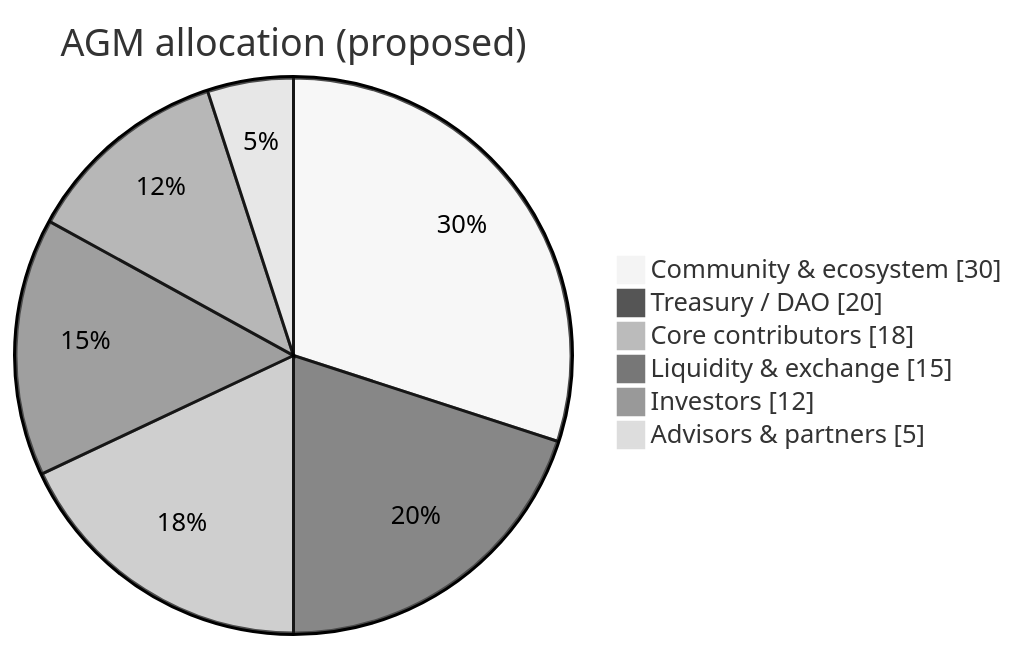
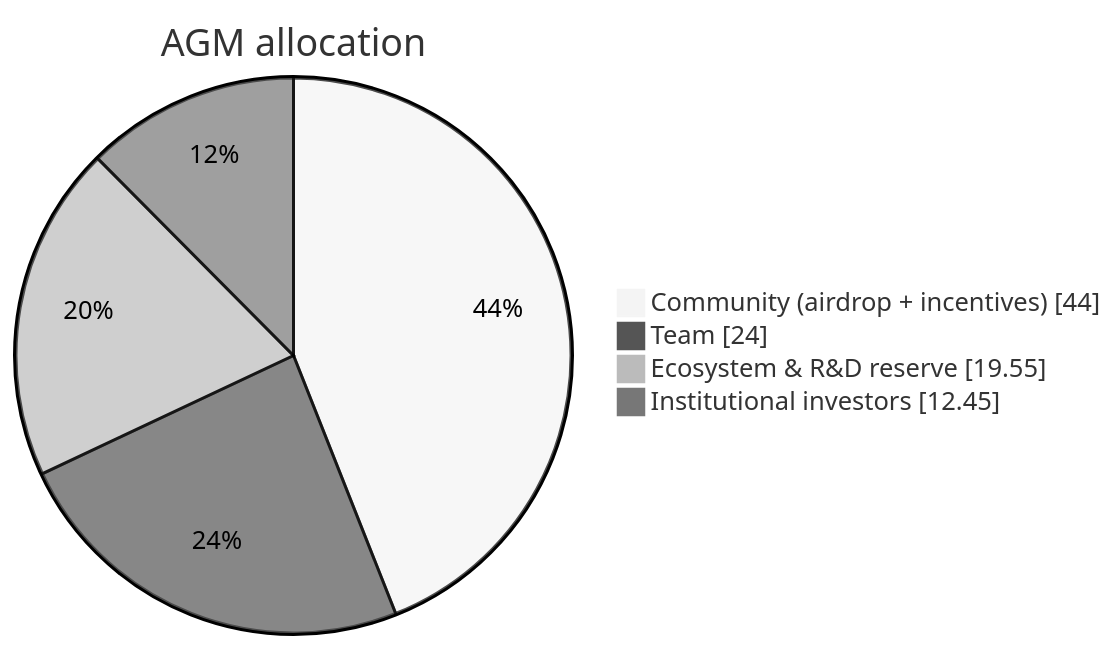
The first of 2 diagrams in 10-token-agm.md (AgentumReal/whitepaper), drawn with Mermaid (neutral theme) before and after one commit. The commit also changed other lines of this file and 9 other files, not shown here.

````diff
--- a/10-token-agm.md
+++ b/10-token-agm.md
@@ -51,10 +51,8 @@
 ```mermaid
 pie showData
-    title AGM allocation (proposed)
-    "Community & ecosystem" : 30
-    "Treasury / DAO" : 20
-    "Core contributors" : 18
-    "Liquidity & exchange" : 15
-    "Investors" : 12
-    "Advisors & partners" : 5
+    title AGM allocation
+    "Community (airdrop + incentives)" : 44
+    "Team" : 24
+    "Ecosystem & R&D reserve" : 19.55
+    "Institutional investors" : 12.45
 ```
````
